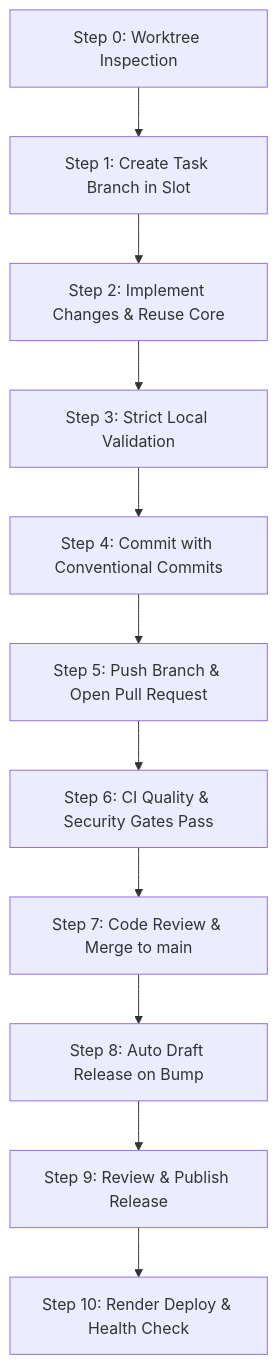
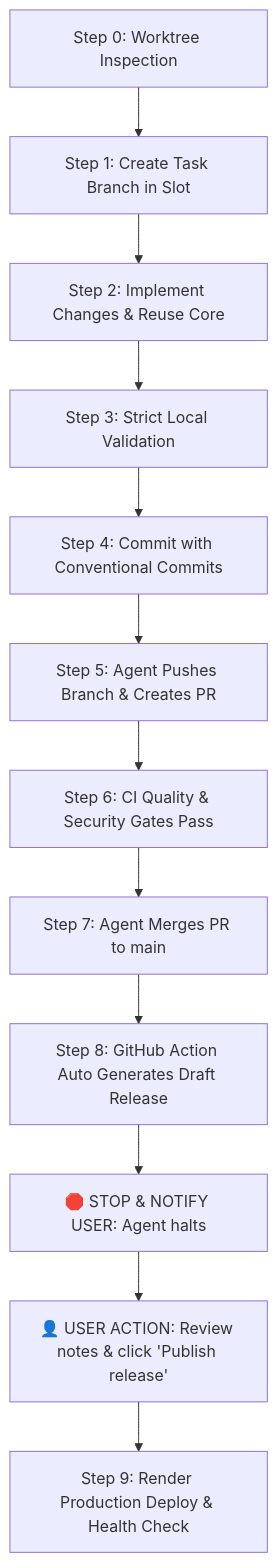
Before and after one commit to NQuangHuyZ31/TIKTOK-CRAWLER-CMS: the diagram in AGENTS.md, drawn with Mermaid. The commit also changed other lines of this file and 3 other files, not shown here.

Commit message:
feat(workflow): implement agent PR automation and human-gated draft release triggers

````diff
--- a/AGENTS.md
+++ b/AGENTS.md
@@ -63,13 +66,14 @@
 ```mermaid
 flowchart TD
     A[Step 0: Worktree Inspection] --> B[Step 1: Create Task Branch in Slot]
     B --> C[Step 2: Implement Changes & Reuse Core]
     C --> D[Step 3: Strict Local Validation]
     D --> E[Step 4: Commit with Conventional Commits]
-    E --> F[Step 5: Push Branch & Open Pull Request]
+    E --> F[Step 5: Agent Pushes Branch & Creates PR]
     F --> G[Step 6: CI Quality & Security Gates Pass]
-    G --> H[Step 7: Code Review & Merge to main]
-    H --> I[Step 8: Auto Draft Release on Bump]
-    I --> J[Step 9: Review & Publish Release]
-    J --> K[Step 10: Render Deploy & Health Check]
+    G --> H[Step 7: Agent Merges PR to main]
+    H --> I[Step 8: GitHub Action Auto Generates Draft Release]
+    I --> J["🛑 STOP & NOTIFY USER: Agent halts"]
+    J --> K["👤 USER ACTION: Review notes & click 'Publish release'"]
+    K --> L[Step 9: Render Production Deploy & Health Check]
 ```
````
